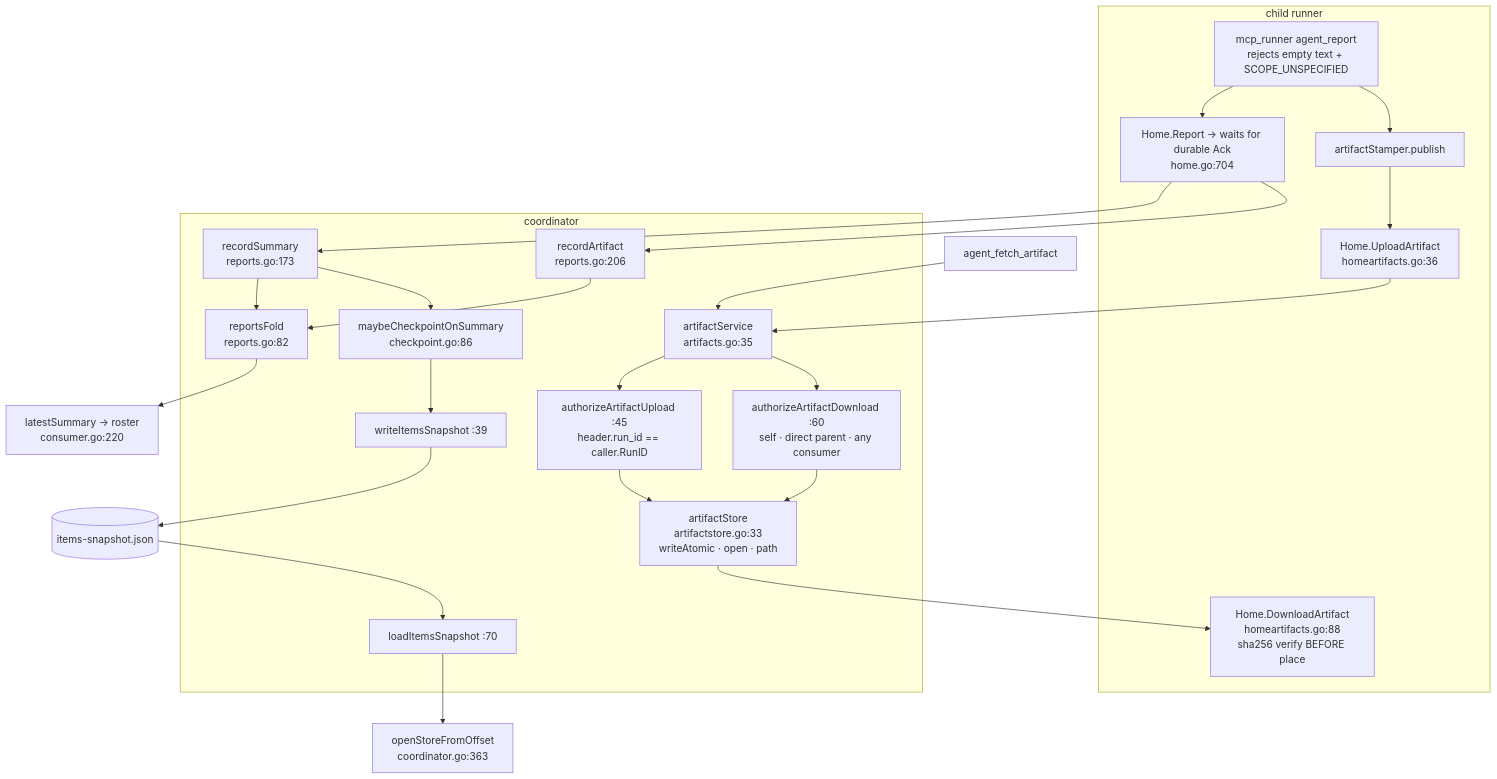
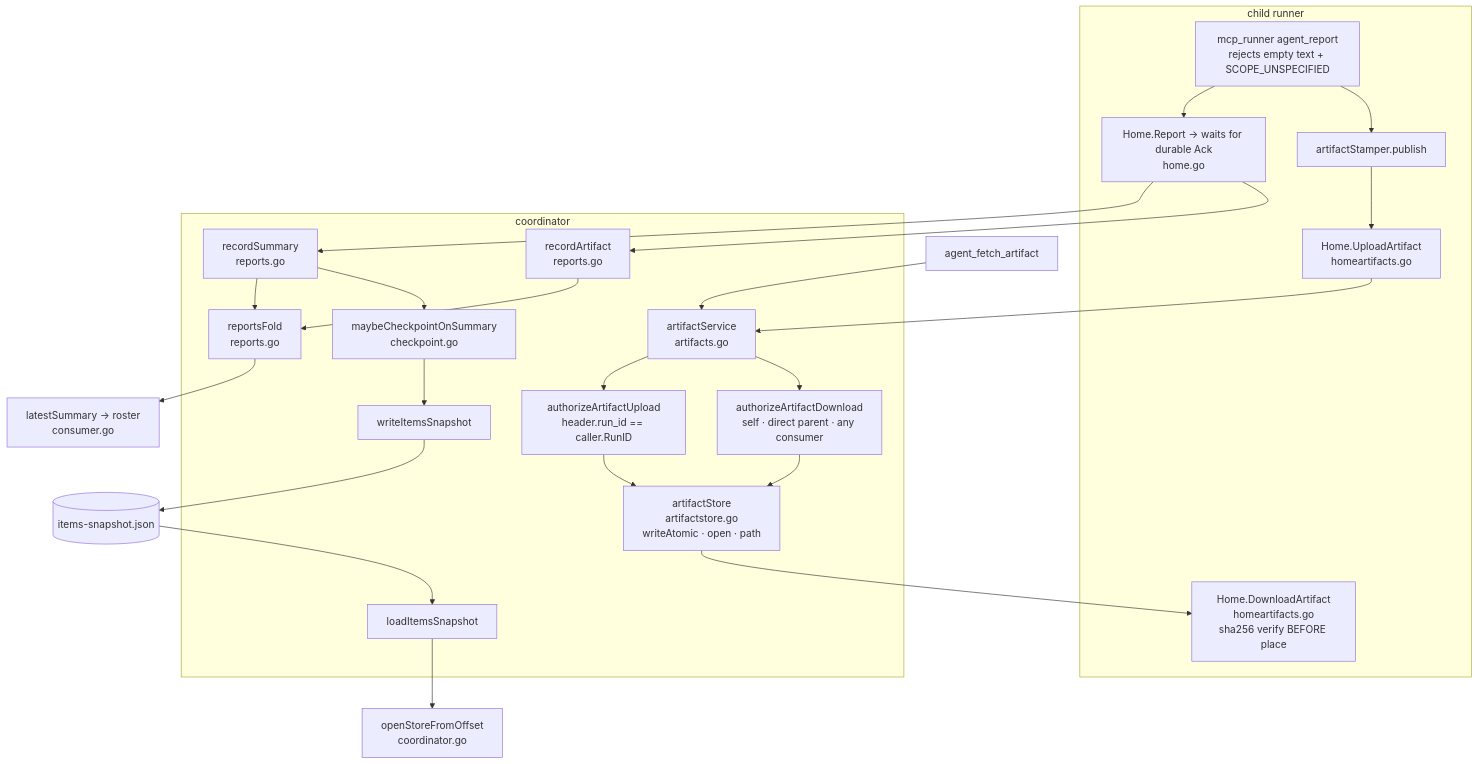
Before and after one commit to ctxloom/ctxloom: the diagram in docs/architecture/agentcoord/artifacts.md, drawn with Mermaid. The commit also changed other lines of this file and 9 other files, not shown here.

First line of the commit message:
docs(agentcoord): cite by symbol, not file:line; bus graph names the runner's turn report

````diff
--- a/docs/architecture/agentcoord/artifacts.md
+++ b/docs/architecture/agentcoord/artifacts.md
@@ -12,29 +12,29 @@
 ```mermaid
 flowchart TD
   subgraph child["child runner"]
     REP["mcp_runner agent_report<br/>rejects empty text + SCOPE_UNSPECIFIED"]
     STAMP["artifactStamper.publish"]
-    HU["Home.UploadArtifact<br/>homeartifacts.go:36"]
-    HD["Home.DownloadArtifact<br/>homeartifacts.go:88<br/>sha256 verify BEFORE place"]
-    HR["Home.Report → waits for durable Ack<br/>home.go:704"]
+    HU["Home.UploadArtifact<br/>homeartifacts.go"]
+    HD["Home.DownloadArtifact<br/>homeartifacts.go<br/>sha256 verify BEFORE place"]
+    HR["Home.Report → waits for durable Ack<br/>home.go"]
   end
   subgraph coord["coordinator"]
-    AS["artifactService<br/>artifacts.go:35"]
-    AU["authorizeArtifactUpload :45<br/>header.run_id == caller.RunID"]
-    AD["authorizeArtifactDownload :60<br/>self · direct parent · any consumer"]
-    ST["artifactStore<br/>artifactstore.go:33<br/>writeAtomic · open · path"]
-    RS["recordSummary<br/>reports.go:173"]
-    RA["recordArtifact<br/>reports.go:206"]
-    RF["reportsFold<br/>reports.go:82"]
-    CP["maybeCheckpointOnSummary<br/>checkpoint.go:86"]
-    SNAP["writeItemsSnapshot :39"]
-    LOAD["loadItemsSnapshot :70"]
+    AS["artifactService<br/>artifacts.go"]
+    AU["authorizeArtifactUpload<br/>header.run_id == caller.RunID"]
+    AD["authorizeArtifactDownload<br/>self · direct parent · any consumer"]
+    ST["artifactStore<br/>artifactstore.go<br/>writeAtomic · open · path"]
+    RS["recordSummary<br/>reports.go"]
+    RA["recordArtifact<br/>reports.go"]
+    RF["reportsFold<br/>reports.go"]
+    CP["maybeCheckpointOnSummary<br/>checkpoint.go"]
+    SNAP["writeItemsSnapshot"]
+    LOAD["loadItemsSnapshot"]
   end
   REP --> HR --> RS --> RF
   REP --> STAMP --> HU --> AS --> AU --> ST
   HR --> RA --> RF
   RS --> CP --> SNAP --> FILE[("items-snapshot.json")]
-  FILE --> LOAD --> BOOT["openStoreFromOffset<br/>coordinator.go:363"]
+  FILE --> LOAD --> BOOT["openStoreFromOffset<br/>coordinator.go"]
   FETCH["agent_fetch_artifact"] --> AS --> AD --> ST --> HD
-  RF --> ROSTER["latestSummary → roster<br/>consumer.go:220"]
+  RF --> ROSTER["latestSummary → roster<br/>consumer.go"]
 ```
````
